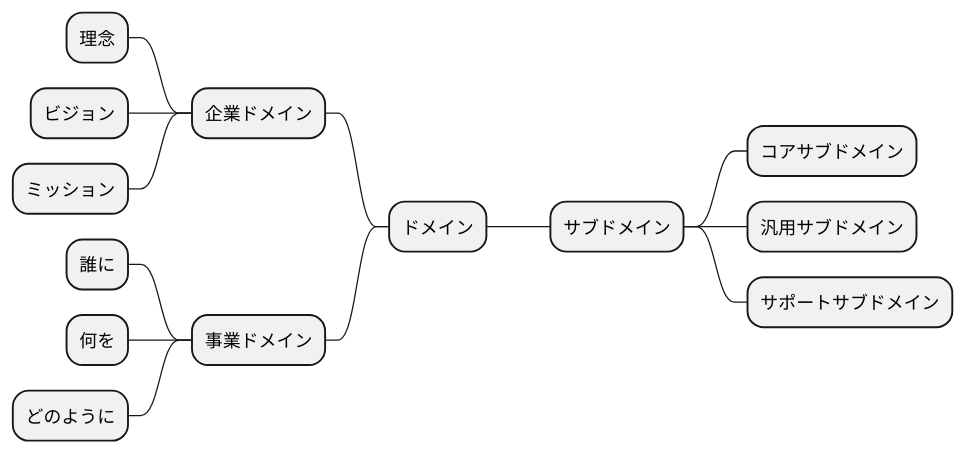
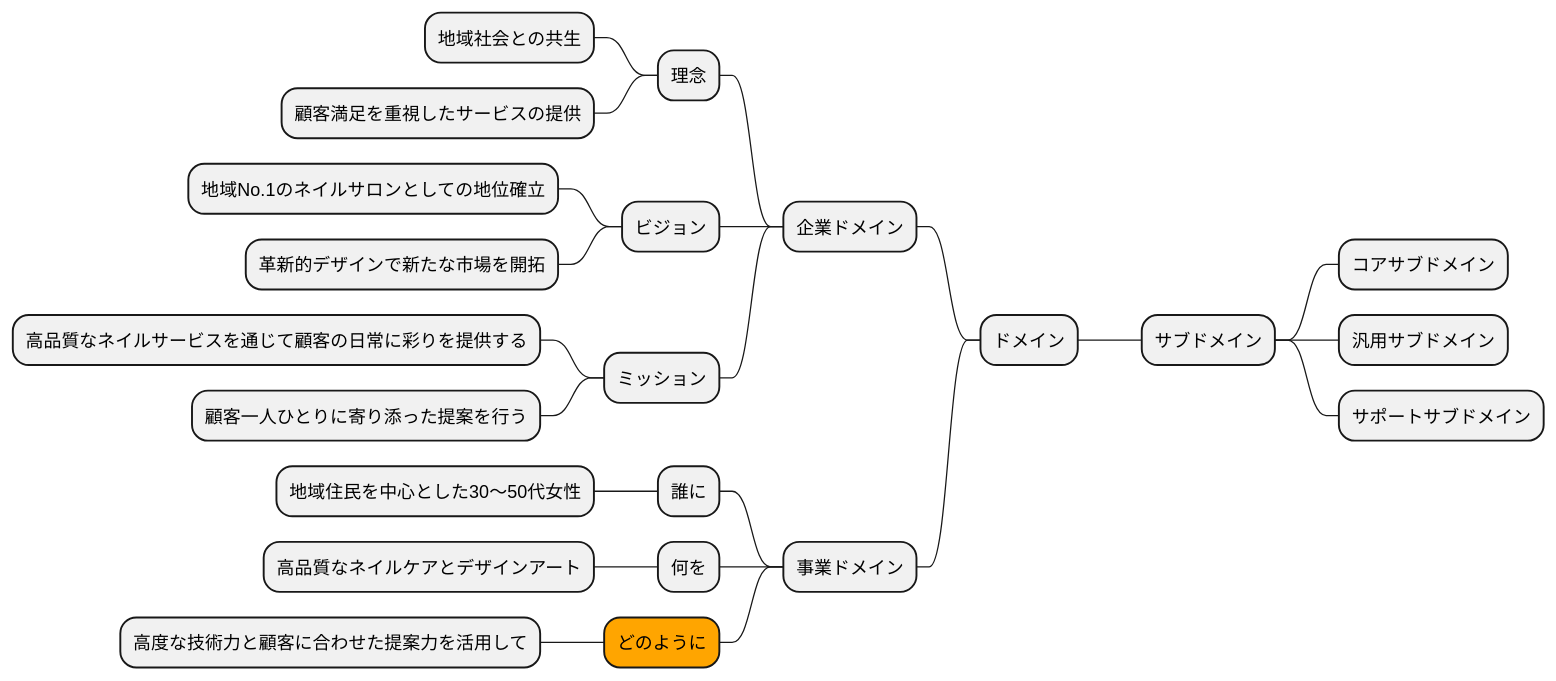
Before and after one commit to k2works/case-sutudy-business-analysis: diagram 13 of 16 in docs/case/r01_case_2.adoc, drawn with PlantUML. The commit also changed other lines of this file, not shown here.

```diff
--- a/docs/case/r01_case_2.adoc
+++ b/docs/case/r01_case_2.adoc
@@ -381,25 +464,34 @@
 [plantuml]
 ----
 @startmindmap
 
 * ドメイン
 
 left side
 ** 企業ドメイン
 *** 理念
+**** 地域社会との共生
+**** 顧客満足を重視したサービスの提供
 *** ビジョン
+**** 地域No.1のネイルサロンとしての地位確立
+**** 革新的デザインで新たな市場を開拓
 *** ミッション
+**** 高品質なネイルサービスを通じて顧客の日常に彩りを提供する
+**** 顧客一人ひとりに寄り添った提案を行う
 ** 事業ドメイン
 *** 誰に
+**** 地域住民を中心とした30～50代女性
 *** 何を
-*** どのように
+**** 高品質なネイルケアとデザインアート
+***[#orange] どのように
+**** 高度な技術力と顧客に合わせた提案力を活用して
 
 right side
 
 ** サブドメイン
 *** コアサブドメイン
 *** 汎用サブドメイン
 *** サポートサブドメイン
 
 @endmindmap
 ----
```
